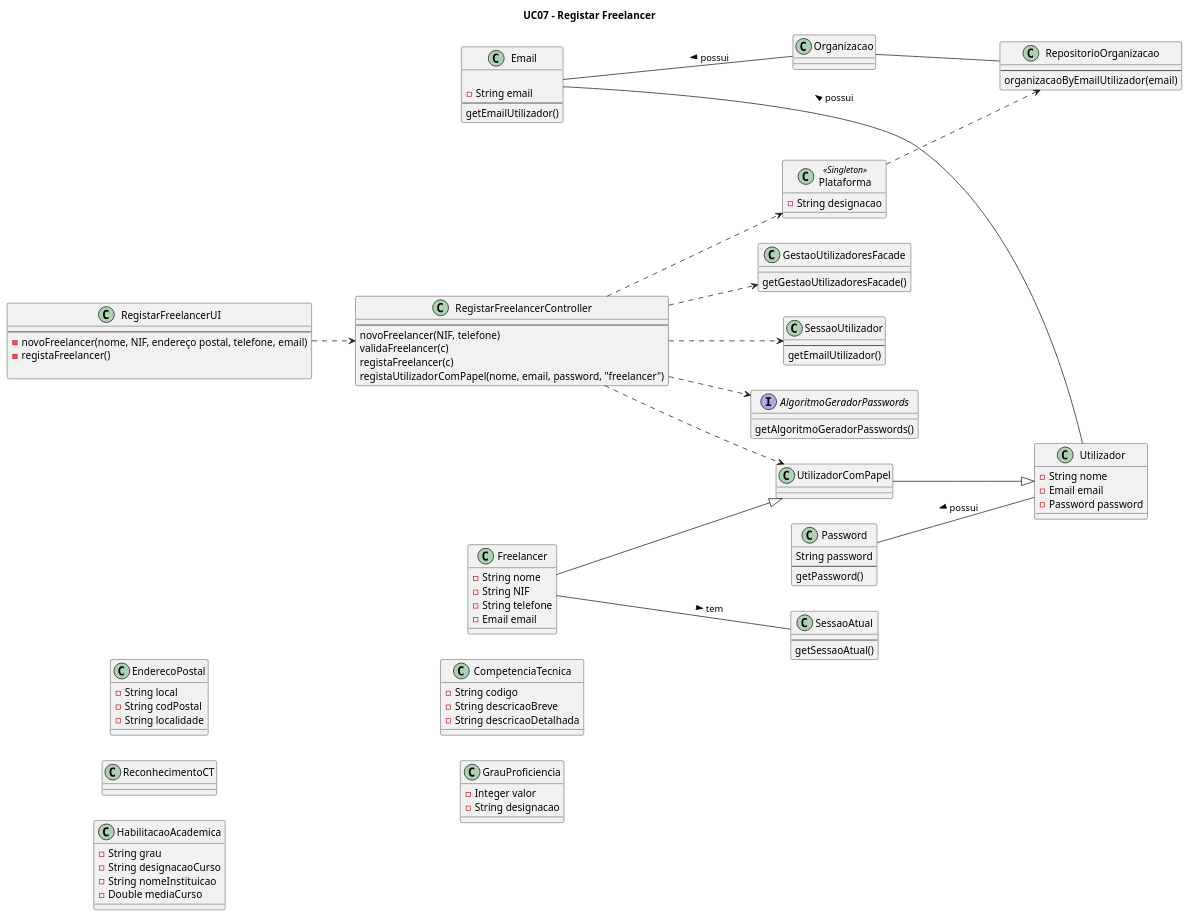
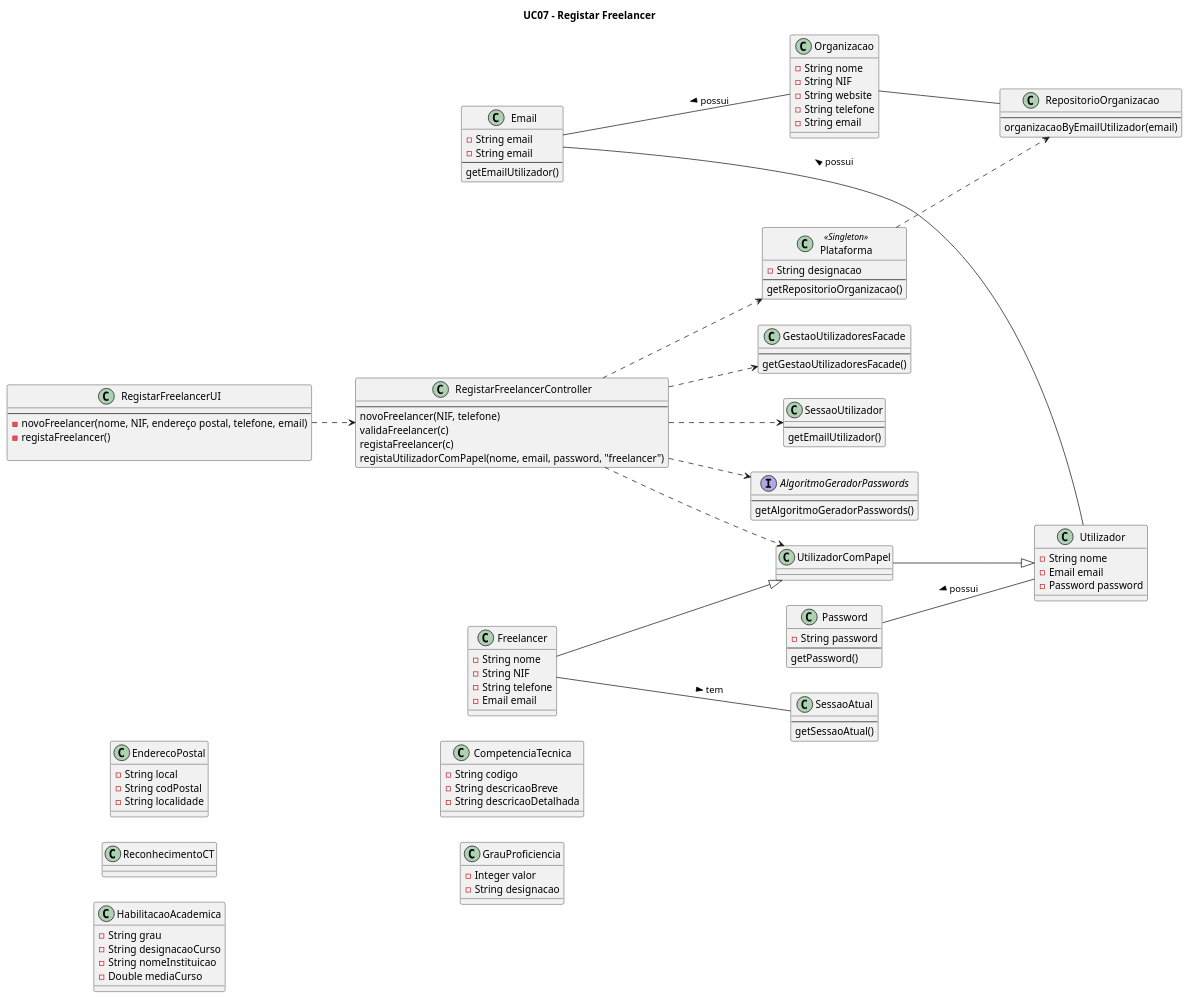
The diagram in Documentação/Sprint 3/UC07_Registar_Freelancer/UC07_Registar_Freelancer_Diagrama_Classes.puml (blestonbandeiraUPSKILL/upskill_java1_labprg_grupo2), drawn with PlantUML before and after one commit.

```diff
--- a/Documentação/Sprint 3/UC07_Registar_Freelancer/UC07_Registar_Freelancer_Diagrama_Classes.puml
+++ b/Documentação/Sprint 3/UC07_Registar_Freelancer/UC07_Registar_Freelancer_Diagrama_Classes.puml
@@ -1,126 +1,138 @@
 @startuml
 
 title UC07 - Registar Freelancer
 
 left to right direction
 
 class Plataforma <<Singleton>> {
     -String designacao
+    --
+    getRepositorioOrganizacao()
 }
 
 class RegistarFreelancerUI{
     --
     -novoFreelancer(nome, NIF, endereço postal, telefone, email)
     -registaFreelancer()
 
 }
 
 class RegistarFreelancerController{
     --
     novoFreelancer(NIF, telefone)
     validaFreelancer(c)
     registaFreelancer(c)
     registaUtilizadorComPapel(nome, email, password, "freelancer")
 }
 
 class Freelancer {
     -String nome
     -String NIF
     -String telefone
     -Email email
 }
 
 class EnderecoPostal {
     -String local
     -String codPostal
     -String localidade
 }
 
 class Email {
-
+    -String email
 }
 
 class ReconhecimentoCT {
 }
 
 class HabilitacaoAcademica {
     -String grau
     -String designacaoCurso
     -String nomeInstituicao
     -Double mediaCurso
 }
 
 class CompetenciaTecnica {
     -String codigo
     -String descricaoBreve
     -String descricaoDetalhada
 }
 
 class GrauProficiencia {
     -Integer valor
     -String designacao
 }
 
 class Utilizador {
     -String nome
     -Email email
     -Password password
 }
 
 class GestaoUtilizadoresFacade{
+    --
     getGestaoUtilizadoresFacade()
 }
 
 class SessaoAtual{
     --
     getSessaoAtual()
 }
 
 class SessaoUtilizador{
     --
     getEmailUtilizador()
 }
 
 class RepositorioOrganizacao{
     --
     organizacaoByEmailUtilizador(email)
 }
 
 interface AlgoritmoGeradorPasswords{
+    --
     getAlgoritmoGeradorPasswords()
 }
 
 class Password{
-    String password
+    -String password
     --
     getPassword()
 }
 
 class UtilizadorComPapel{
 }
 
 
 class Email {
     -String email
     --
     getEmailUtilizador()
+}
+
+class Organizacao {
+    -String nome
+    -String NIF
+    -String website
+    -String telefone
+    -String email
 }
 
 RegistarFreelancerUI ..> RegistarFreelancerController
 RegistarFreelancerController ..> Plataforma
 RegistarFreelancerController ..> GestaoUtilizadoresFacade
 RegistarFreelancerController ..> SessaoUtilizador
 
 Freelancer --|> UtilizadorComPapel
 UtilizadorComPapel --|> Utilizador
 Email -- Utilizador: < possui
 Password -- Utilizador: < possui
 Email -- Organizacao: < possui
 Organizacao -- RepositorioOrganizacao
 Freelancer -- SessaoAtual: tem >
 RegistarFreelancerController ..> UtilizadorComPapel
 RegistarFreelancerController ..> AlgoritmoGeradorPasswords
 Plataforma ..> RepositorioOrganizacao
 
 
 @enduml
```
